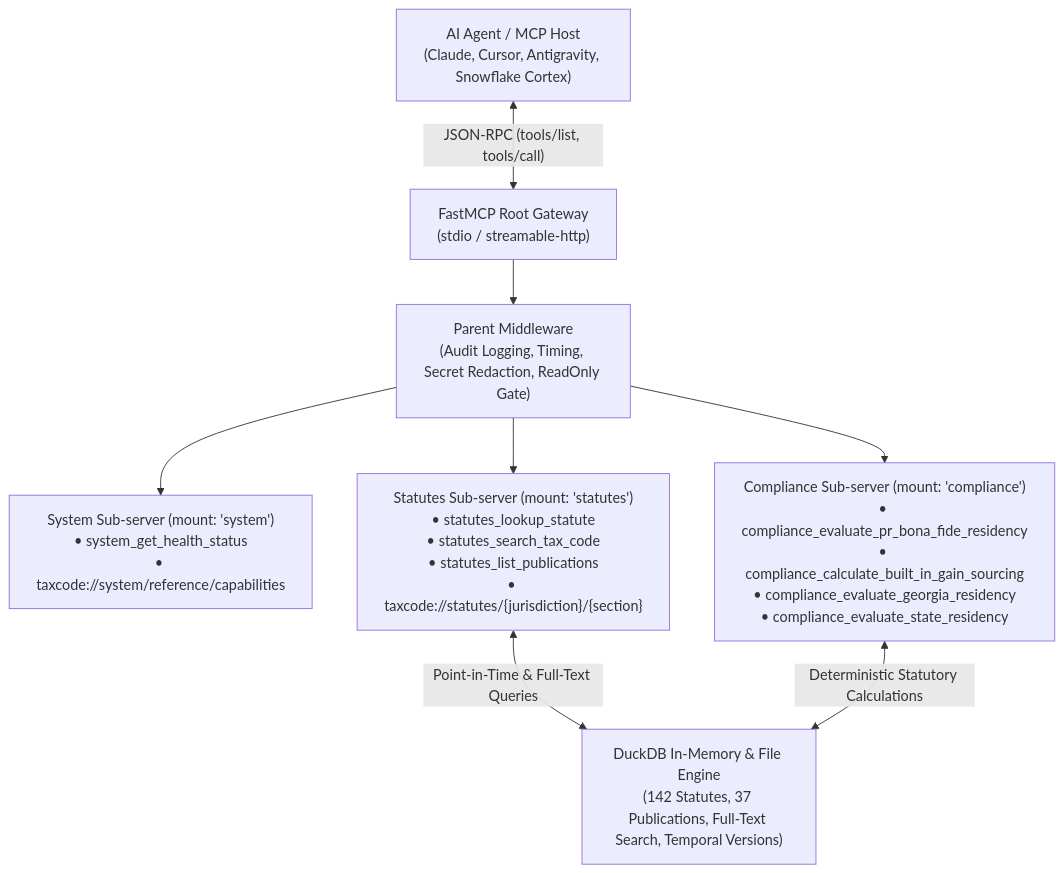
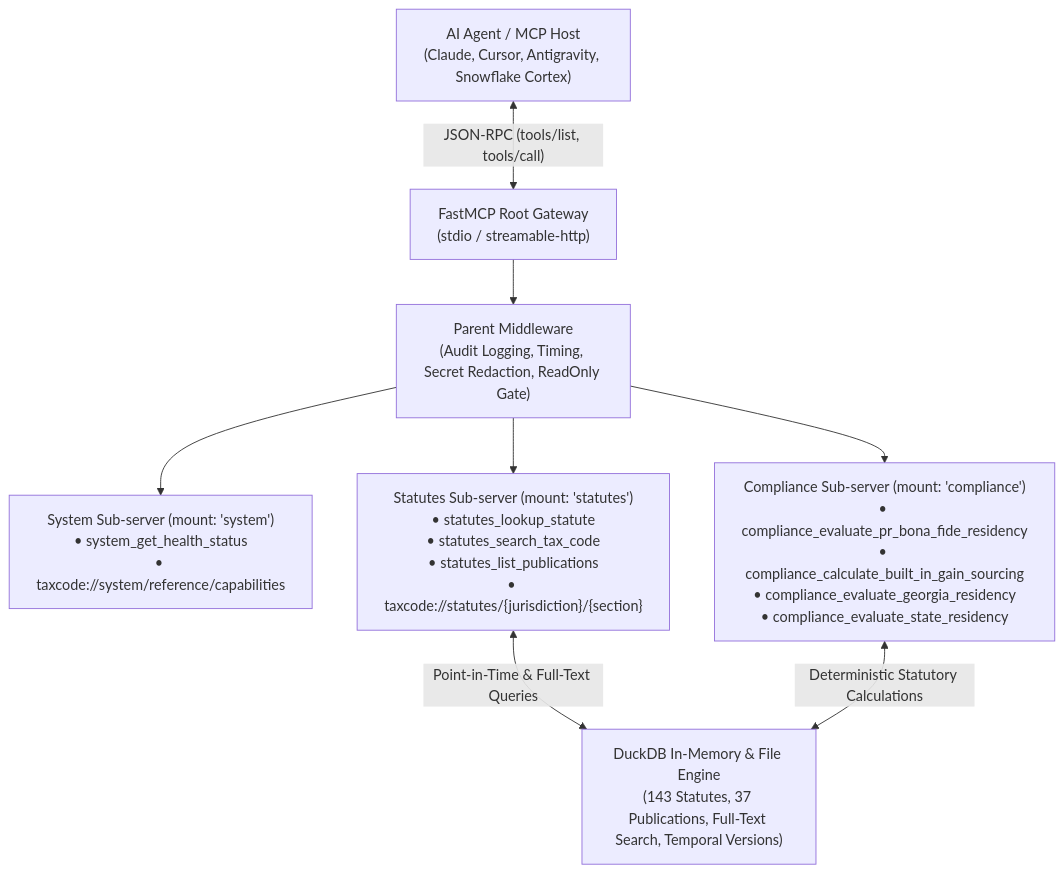
Before and after one commit to christianclaudio/mcp-server-taxcode: the diagram in README.md, drawn with Mermaid. The commit also changed 8 other files, not shown here.

````diff
--- a/README.md
+++ b/README.md
@@ -22,18 +22,18 @@
 ```mermaid
 graph TD
     Client["AI Agent / MCP Host<br>(Claude, Cursor, Antigravity, Snowflake Cortex)"]
     Gateway["FastMCP Root Gateway<br>(stdio / streamable-http)"]
     ParentMW["Parent Middleware<br>(Audit Logging, Timing, Secret Redaction, ReadOnly Gate)"]
     SysSub["System Sub-server (mount: 'system')<br>• system_get_health_status<br>• taxcode://system/reference/capabilities"]
     StatSub["Statutes Sub-server (mount: 'statutes')<br>• statutes_lookup_statute<br>• statutes_search_tax_code<br>• statutes_list_publications<br>• taxcode://statutes/{jurisdiction}/{section}"]
     CompSub["Compliance Sub-server (mount: 'compliance')<br>• compliance_evaluate_pr_bona_fide_residency<br>• compliance_calculate_built_in_gain_sourcing<br>• compliance_evaluate_georgia_residency<br>• compliance_evaluate_state_residency"]
-    DuckDB["DuckDB In-Memory & File Engine<br>(142 Statutes, 37 Publications, Full-Text Search, Temporal Versions)"]
+    DuckDB["DuckDB In-Memory & File Engine<br>(143 Statutes, 37 Publications, Full-Text Search, Temporal Versions)"]
 
     Client <-->|"JSON-RPC (tools/list, tools/call)"| Gateway
     Gateway --> ParentMW
     ParentMW --> SysSub
     ParentMW --> StatSub
     ParentMW --> CompSub
     StatSub <-->|"Point-in-Time & Full-Text Queries"| DuckDB
     CompSub <-->|"Deterministic Statutory Calculations"| DuckDB
 ```
````
